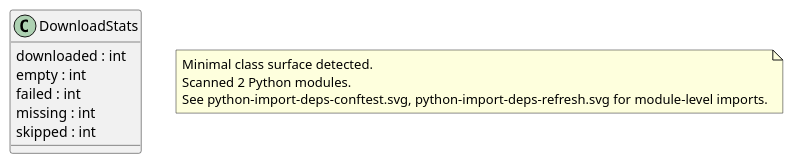
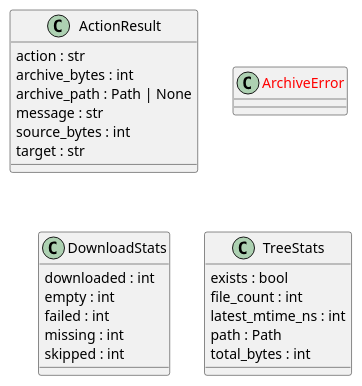
One commit to casonk/zillow-public-data changed the diagram in docs/diagrams/python-classes.puml. Above: the diagram before and after it, drawn with PlantUML. The commit also changed 13 other files, not shown here.

Commit message:
docs: update AGENTS.md, LESSONSLEARNED, README, architecture docs and diagrams

```diff
--- a/docs/diagrams/python-classes.puml
+++ b/docs/diagrams/python-classes.puml
@@ -1,15 +1,27 @@
 @startuml classes_zillow-public-data
 set namespaceSeparator none
+class "ActionResult" as scripts.compress_generated_artifacts.ActionResult {
+  action : str
+  archive_bytes : int
+  archive_path : Path | None
+  message : str
+  source_bytes : int
+  target : str
+}
+class "<color:red>ArchiveError</color>" as scripts.compress_generated_artifacts.ArchiveError {
+}
 class "DownloadStats" as refresh.DownloadStats {
   downloaded : int
   empty : int
   failed : int
   missing : int
   skipped : int
 }
-note as archilityPythonSurfaceNote
-Minimal class surface detected.
-Scanned 2 Python modules.
-See python-import-deps-conftest.svg, python-import-deps-refresh.svg for module-level imports.
-end note
+class "TreeStats" as scripts.compress_generated_artifacts.TreeStats {
+  exists : bool
+  file_count : int
+  latest_mtime_ns : int
+  path : Path
+  total_bytes : int
+}
 @enduml
```
